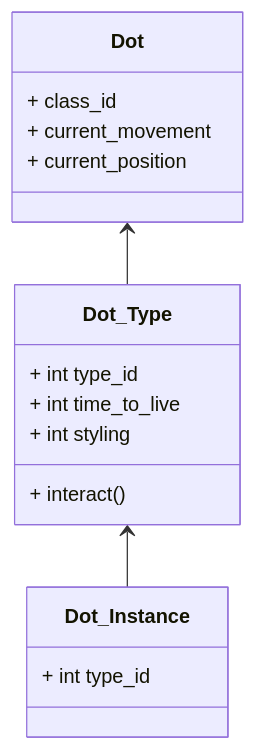
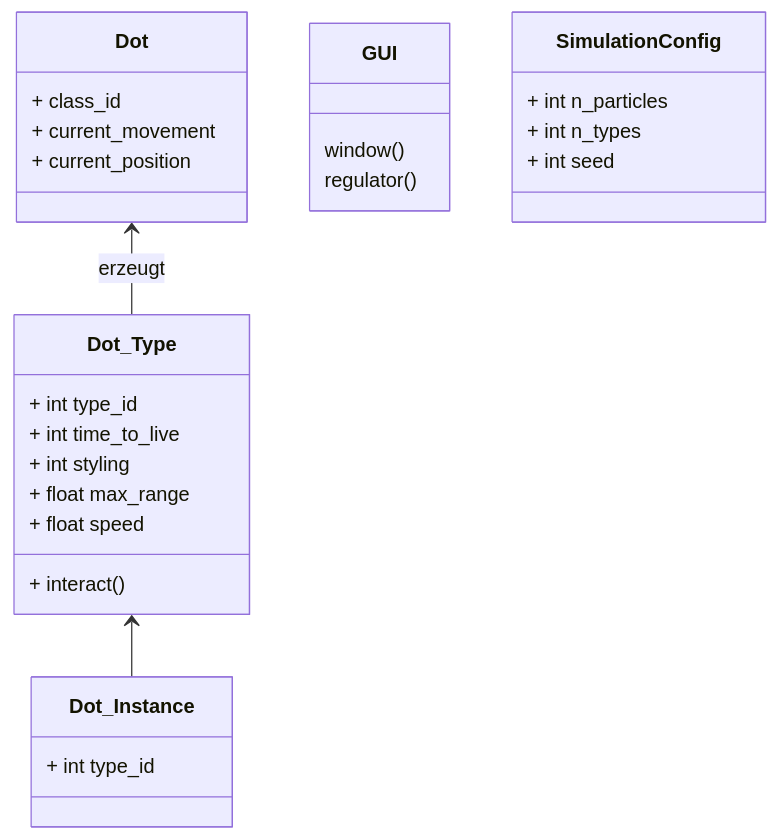
The diagram in docs/architecture.md (git-nny/emergent-bees), drawn with Mermaid before and after one commit.

Commit message:
added architecture in mermeid diagram

````diff
--- a/docs/architecture.md
+++ b/docs/architecture.md
@@ -5,23 +5,40 @@
 ``` mermaid
 classDiagram
 
-    Dot <-- Dot_Type
+    Dot <-- Dot_Type : erzeugt
     Dot_Type <-- Dot_Instance
 
     class Dot{
         + class_id
         + current_movement
         + current_position
     }
 
     class Dot_Type{
         + int type_id
         + interact()
         + int time_to_live
         + int styling
+        + float max_range
+        + float speed 
     }
 
     class Dot_Instance{
         + int type_id
     } 
+
+    class GUI{
+        window()
+        regulator()
+
+    }
+
+
+    class SimulationConfig{
+
+            + int n_particles
+            + int n_types
+            + int seed
+
+    }
 ```
````
